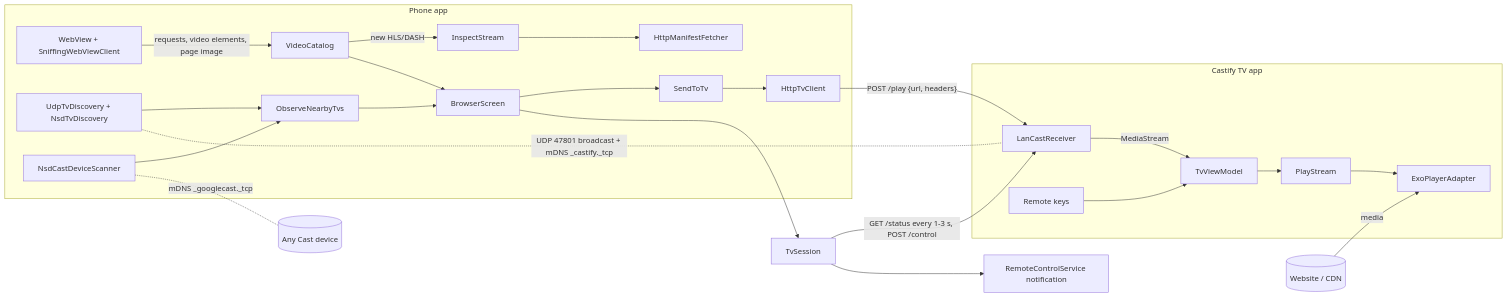
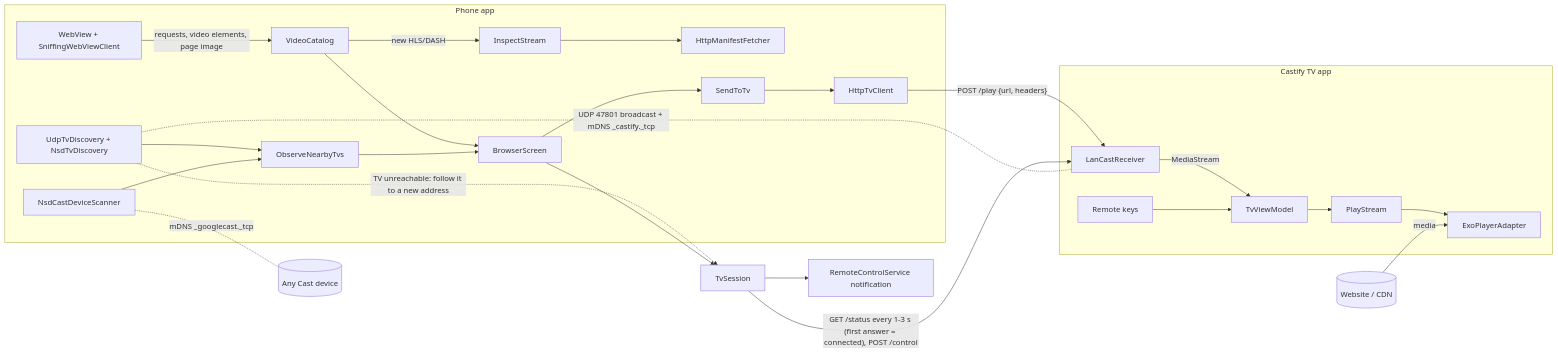
One commit to 7Zup/Castify changed the diagram in docs/ARCHITECTURE.md. Above: the diagram before and after it, drawn with Mermaid. The commit also changed other lines of this file and 26 other files, not shown here.

````diff
--- a/docs/ARCHITECTURE.md
+++ b/docs/ARCHITECTURE.md
@@ -32,22 +32,23 @@
 ```mermaid
 flowchart LR
   subgraph Phone[Phone app]
     WV[WebView + SniffingWebViewClient] -- "requests, video elements, page image" --> DS[VideoCatalog]
     DS -- new HLS/DASH --> IN[InspectStream] --> MF[HttpManifestFetcher]
     DS --> UI[BrowserScreen]
     UI --> ST[SendToTv] --> CL[HttpTvClient]
     ND["UdpTvDiscovery + NsdTvDiscovery"] --> NT[ObserveNearbyTvs] --> UI
     CS[NsdCastDeviceScanner] --> NT
   end
   subgraph TV[Castify TV app]
     SV[LanCastReceiver] -- MediaStream --> VM[TvViewModel] --> PS[PlayStream] --> PL[ExoPlayerAdapter]
     KEY[Remote keys] --> VM
   end
   CL -- "POST /play {url, headers}" --> SV
-  TS[TvSession] -- "GET /status every 1-3 s, POST /control" --> SV
+  TS[TvSession] -- "GET /status every 1-3 s (first answer = connected), POST /control" --> SV
+  ND -. "TV unreachable: follow it to a new address" .-> TS
   UI --> TS
   TS --> NS[RemoteControlService notification]
   ND -. "UDP 47801 broadcast + mDNS _castify._tcp" .- SV
   CS -. "mDNS _googlecast._tcp" .- CC[(Any Cast device)]
   Site[(Website / CDN)] -- media --> PL
 ```
````
